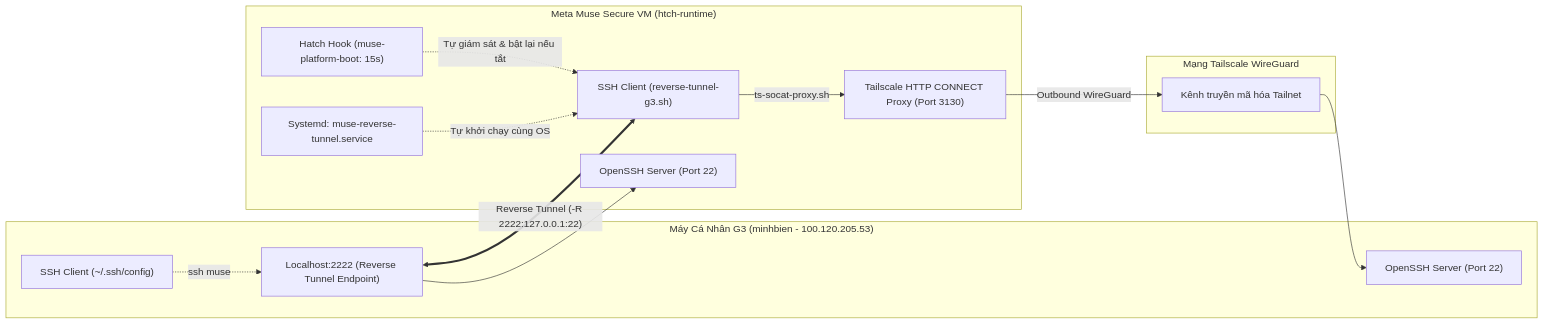
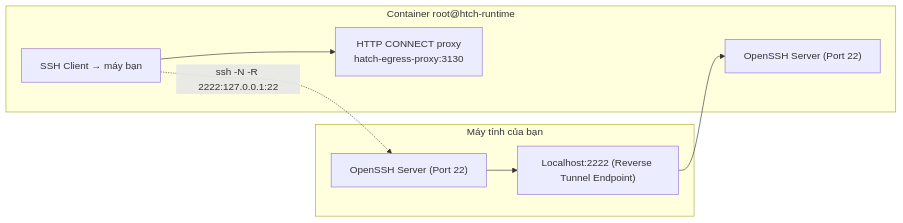
Before and after one commit to MinhBienK2/muse-auto-ssh: the diagram in MUSE_SSH_SETUP_GUIDE.md, drawn with Mermaid. The commit also changed other lines of this file and 24 other files, not shown here.

````diff
--- a/MUSE_SSH_SETUP_GUIDE.md
+++ b/MUSE_SSH_SETUP_GUIDE.md
@@ -9,29 +15,16 @@
 ```mermaid
 flowchart LR
-    subgraph LinuxHost["Máy Cá Nhân G3 (minhbien - 100.120.205.53)"]
+    subgraph Local["Máy tính của bạn"]
         LocalSSH["OpenSSH Server (Port 22)"]
         Port2222["Localhost:2222 (Reverse Tunnel Endpoint)"]
-        SSHClient["SSH Client (~/.ssh/config)"]
     end
-
-    subgraph TailscaleNet["Mạng Tailscale WireGuard"]
-        TSWire["Kênh truyền mã hóa Tailnet"]
+    subgraph Muse["Container root@htch-runtime"]
+        SSHD["OpenSSH Server (Port 22)"]
+        SSHC["SSH Client → máy bạn"]
+        Proxy["HTTP CONNECT proxy<br/>hatch-egress-proxy:3130"]
     end
-
-    subgraph MuseVM["Meta Muse Secure VM (htch-runtime)"]
-        BootHook["Hatch Hook (muse-platform-boot: 15s)"]
-        SystemdService["Systemd: muse-reverse-tunnel.service"]
-        TSProxy["Tailscale HTTP CONNECT Proxy (Port 3130)"]
-        OutboundSSH["SSH Client (reverse-tunnel-g3.sh)"]
-        MuseSSHD["OpenSSH Server (Port 22)"]
-    end
-
-    SSHClient -. "ssh muse" .-> Port2222
-    Port2222 <== "Reverse Tunnel (-R 2222:127.0.0.1:22)" ==> OutboundSSH
-    OutboundSSH -- "ts-socat-proxy.sh" --> TSProxy
-    TSProxy -- "Outbound WireGuard" --> TSWire
-    TSWire --> LocalSSH
-    Port2222 --> MuseSSHD
-    BootHook -. "Tự giám sát & bật lại nếu tắt" .-> OutboundSSH
-    SystemdService -. "Tự khởi chạy cùng OS" .-> OutboundSSH
+    SSHC -. "ssh -N -R 2222:127.0.0.1:22" .-> LocalSSH
+    SSHC --> Proxy
+    LocalSSH --> Port2222
+    Port2222 --> SSHD
 ```
````
